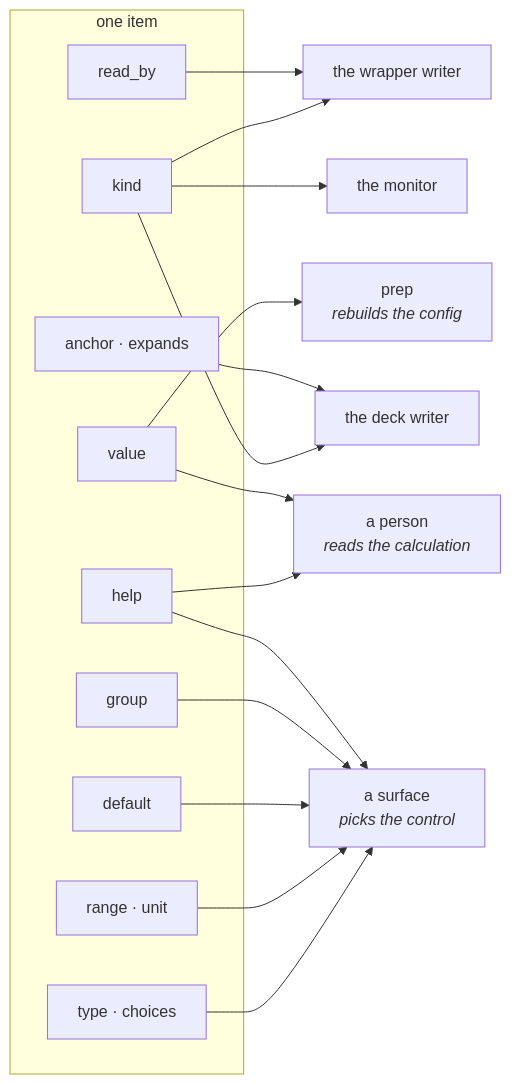
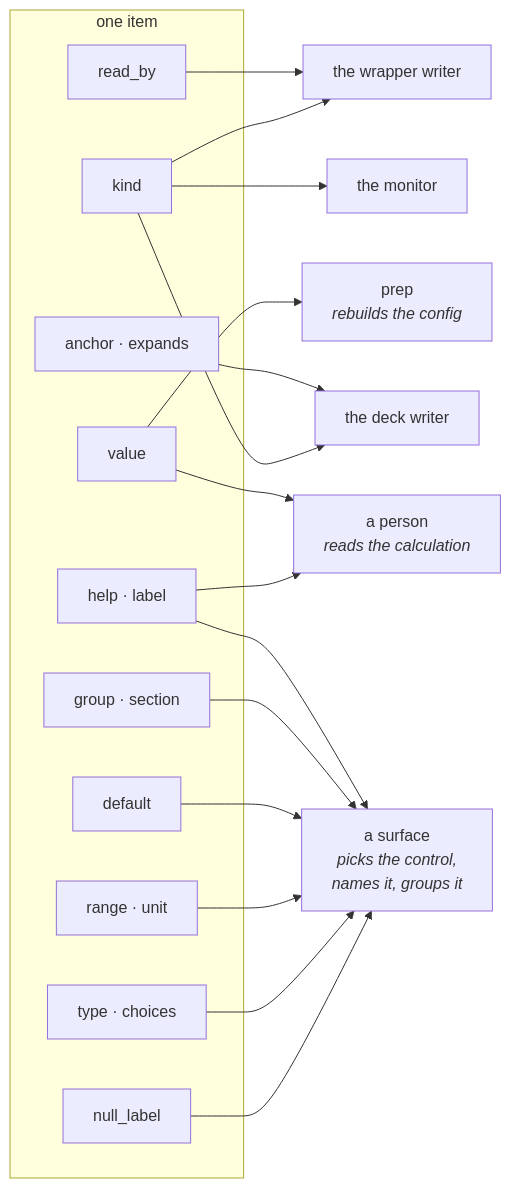
The second of 4 diagrams in docs/engines/template.md (Qing-LAB/molbuilder), drawn with Mermaid before and after one commit. The commit also changed other lines of this file and 2 other files, not shown here.

````diff
--- a/docs/engines/template.md
+++ b/docs/engines/template.md
@@ -303,20 +306,22 @@
 ```mermaid
 flowchart LR
     subgraph I["one item"]
       K["kind"]; RB["read_by"]; V["value"]; D["default"]
-      T["type · choices"]; R["range · unit"]; G["group"]; H["help"]; A["anchor · expands"]
+      T["type · choices"]; R["range · unit"]; G["group · section"]; H["help · label"]; A["anchor · expands"]
+      NL["null_label"]
     end
-    T --> UI["a surface<br/><i>picks the control</i>"]
+    NL --> UI
+    T --> UI["a surface<br/><i>picks the control,<br/>names it, groups it</i>"]
     R --> UI
     D --> UI
     G --> UI
     H --> UI
     H --> P["a person<br/><i>reads the calculation</i>"]
     V --> P
     V --> PR["prep<br/><i>rebuilds the config</i>"]
     K --> DW["the deck writer"]
     A --> DW
     K --> WW["the wrapper writer"]
     RB --> WW
     K --> MON["the monitor"]
 ```
````
